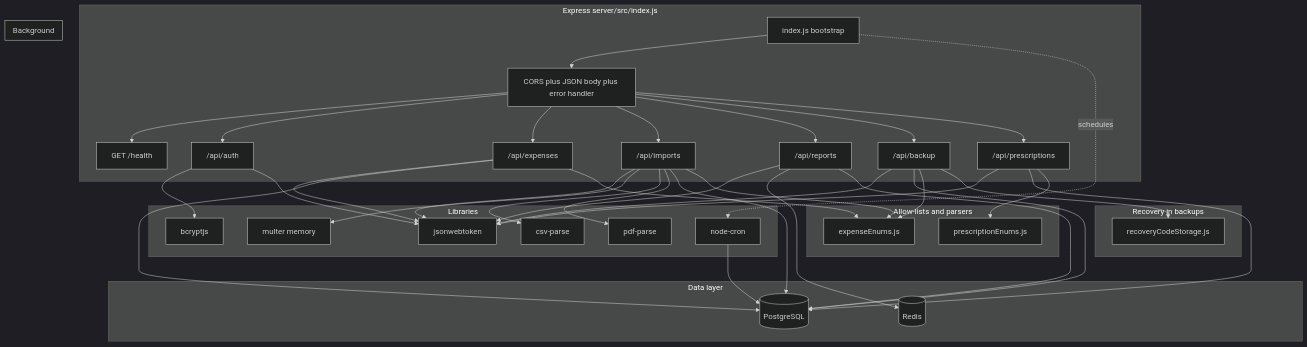
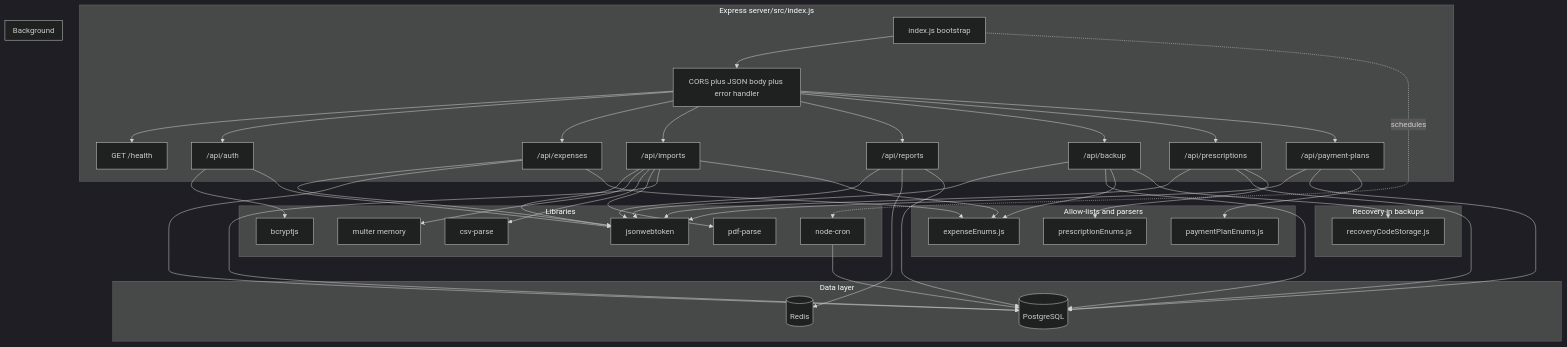
Before and after one commit to becomeonewiththecode/expense_tracker: the sixth of 18 diagrams in docs/ARCHITECTURE_DIAGRAM.md, drawn with Mermaid (dark theme). The commit also changed other lines of this file and 21 other files, not shown here.

First line of the commit message:
Add Payment Plan workflows and unify list experiences.

````diff
--- a/docs/ARCHITECTURE_DIAGRAM.md
+++ b/docs/ARCHITECTURE_DIAGRAM.md
@@ -150,73 +150,79 @@
 ```mermaid
 flowchart TB
   subgraph api [Express server/src/index.js]
     BOOT[index.js bootstrap]
     MW[CORS plus JSON body plus error handler]
     R0["GET /health"]
     R1["/api/auth"]
     R2["/api/expenses"]
     R3["/api/imports"]
     R4["/api/reports"]
     R5["/api/backup"]
     R6["/api/prescriptions"]
+    R7["/api/payment-plans"]
     BOOT --> MW
     MW --> R0
     MW --> R1
     MW --> R2
     MW --> R3
     MW --> R4
     MW --> R5
     MW --> R6
+    MW --> R7
   end
 
   subgraph libs [Libraries]
     JWT[jsonwebtoken]
     BC[bcryptjs]
     MP[multer memory]
     CSV[csv-parse]
     PDF[pdf-parse]
     CC[node-cron]
   end
 
   subgraph data [Data layer]
     PG[(PostgreSQL)]
     RDX[(Redis)]
   end
 
   R1 --> BC
   R1 --> JWT
   R2 --> JWT
   R3 --> JWT
   R3 --> MP
   R3 --> CSV
   R3 --> PDF
   R4 --> JWT
   R5 --> JWT
   R6 --> JWT
+  R7 --> JWT
   R4 --> RDX
   R2 --> PG
   R3 --> PG
   R4 --> PG
   R5 --> PG
   R6 --> PG
+  R7 --> PG
 
   subgraph enumHelpers [Allow-lists and parsers]
     EE[expenseEnums.js]
     PE[prescriptionEnums.js]
+    PPE[paymentPlanEnums.js]
   end
   R2 --> EE
   R3 --> EE
   R5 --> EE
   R6 --> PE
+  R7 --> PPE
 
   subgraph recovery [Recovery in backups]
     RCS[recoveryCodeStorage.js]
   end
   R5 --> RCS
 
   subgraph job [Background]
     CC --> PG
   end
 
   BOOT -.->|schedules| CC
 ```
````
